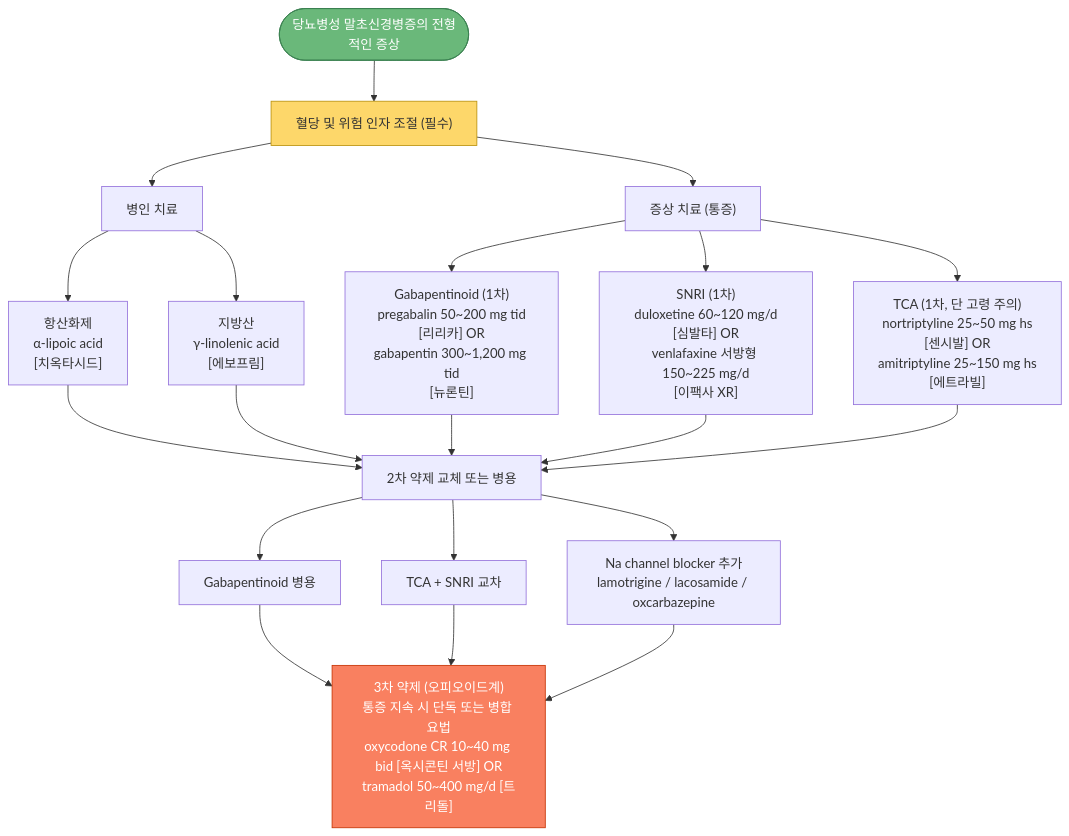
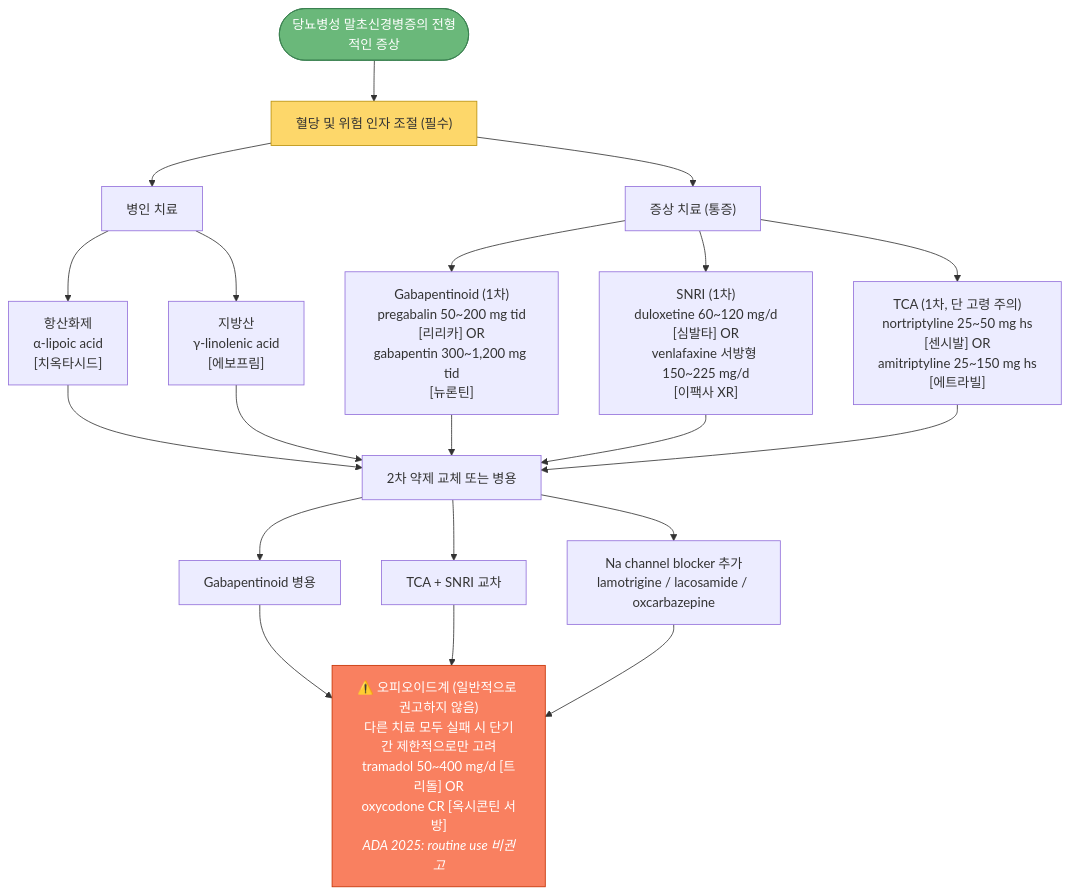
The second of 2 diagrams in 226_/102_-complications-of-diabetes.md (familyoh77/familyoh77), drawn with Mermaid before and after one commit. The commit also changed other lines of this file and 1 other file, not shown here.

````diff
--- a/226_/102_-complications-of-diabetes.md
+++ b/226_/102_-complications-of-diabetes.md
@@ -361,35 +403,35 @@
 ```mermaid
 graph TD
     Start(["당뇨병성 말초신경병증의 전형적인 증상"])
     Start --> Ctrl["혈당 및 위험 인자 조절 (필수)"]
 
     Ctrl --> Path["병인 치료"]
     Ctrl --> Sym["증상 치료 (통증)"]
 
     Path --> PA1["항산화제<br/>α-lipoic acid<br/>[치옥타시드]"]
     Path --> PA2["지방산<br/>γ-linolenic acid<br/>[에보프림]"]
 
     Sym --> SB1["Gabapentinoid (1차)<br/>pregabalin 50~200 mg tid<br/>[리리카] OR<br/>gabapentin 300~1,200 mg tid<br/>[뉴론틴]"]
     Sym --> SB2["SNRI (1차)<br/>duloxetine 60~120 mg/d<br/>[심발타] OR<br/>venlafaxine 서방형 150~225 mg/d<br/>[이팩사 XR]"]
     Sym --> SB3["TCA (1차, 단 고령 주의)<br/>nortriptyline 25~50 mg hs<br/>[센시발] OR<br/>amitriptyline 25~150 mg hs<br/>[에트라빌]"]
 
     PA1 --> 2nd["2차 약제 교체 또는 병용"]
     PA2 --> 2nd
     SB1 --> 2nd
     SB2 --> 2nd
     SB3 --> 2nd
 
     2nd --> 2ndA["Gabapentinoid 병용"]
     2nd --> 2ndB["TCA + SNRI 교차"]
     2nd --> 2ndC["Na channel blocker 추가<br/>lamotrigine / lacosamide / oxcarbazepine"]
 
     2ndA --> 3rd
     2ndB --> 3rd
     2ndC --> 3rd
 
-    3rd["3차 약제 (오피오이드계)<br/>통증 지속 시 단독 또는 병합 요법<br/>oxycodone CR 10~40 mg bid [옥시콘틴 서방] OR<br/>tramadol 50~400 mg/d [트리돌]"]
+    3rd["⚠️ 오피오이드계 (일반적으로 권고하지 않음)<br/>다른 치료 모두 실패 시 단기간 제한적으로만 고려<br/>tramadol 50~400 mg/d [트리돌] OR<br/>oxycodone CR [옥시콘틴 서방]<br/><i>ADA 2025: routine use 비권고</i>"]
 
     style Start fill:#6ab87a,stroke:#3a8050,color:#fff
     style Ctrl fill:#fdd76a,stroke:#b9900a,color:#333
     style 3rd fill:#f98060,stroke:#c53000,color:#fff
 ```
````
